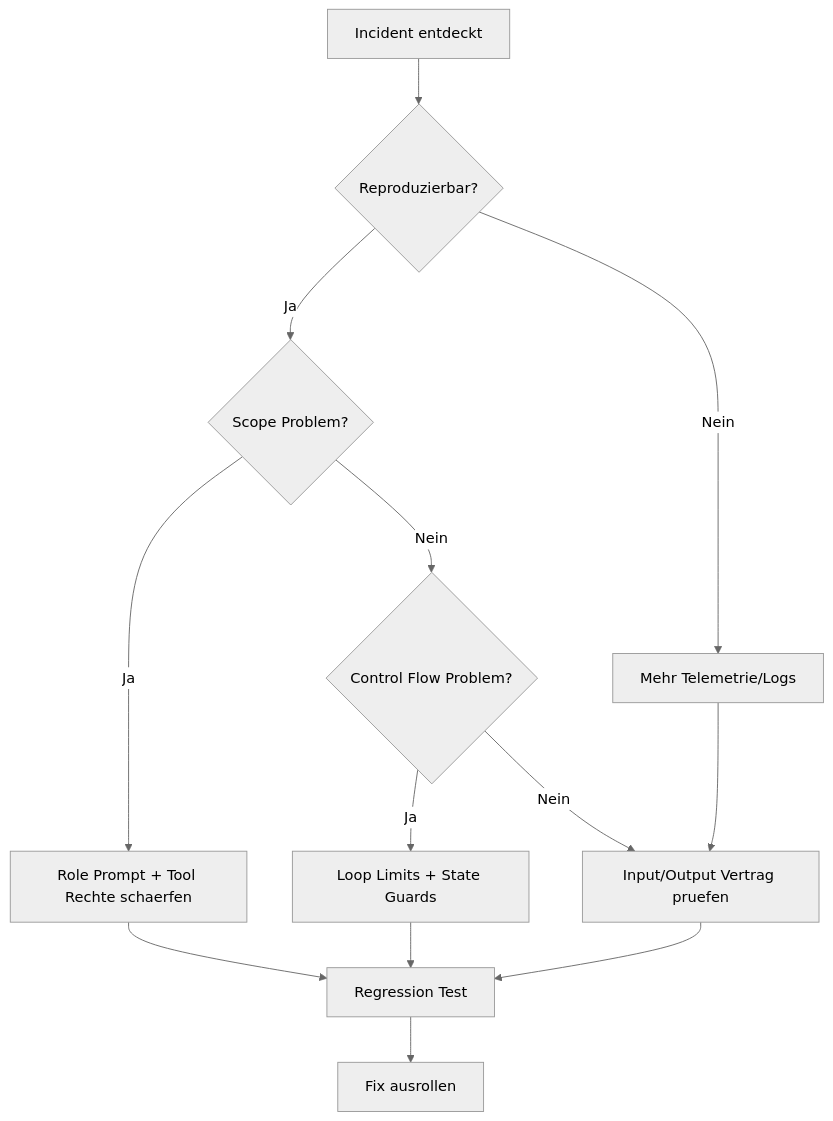
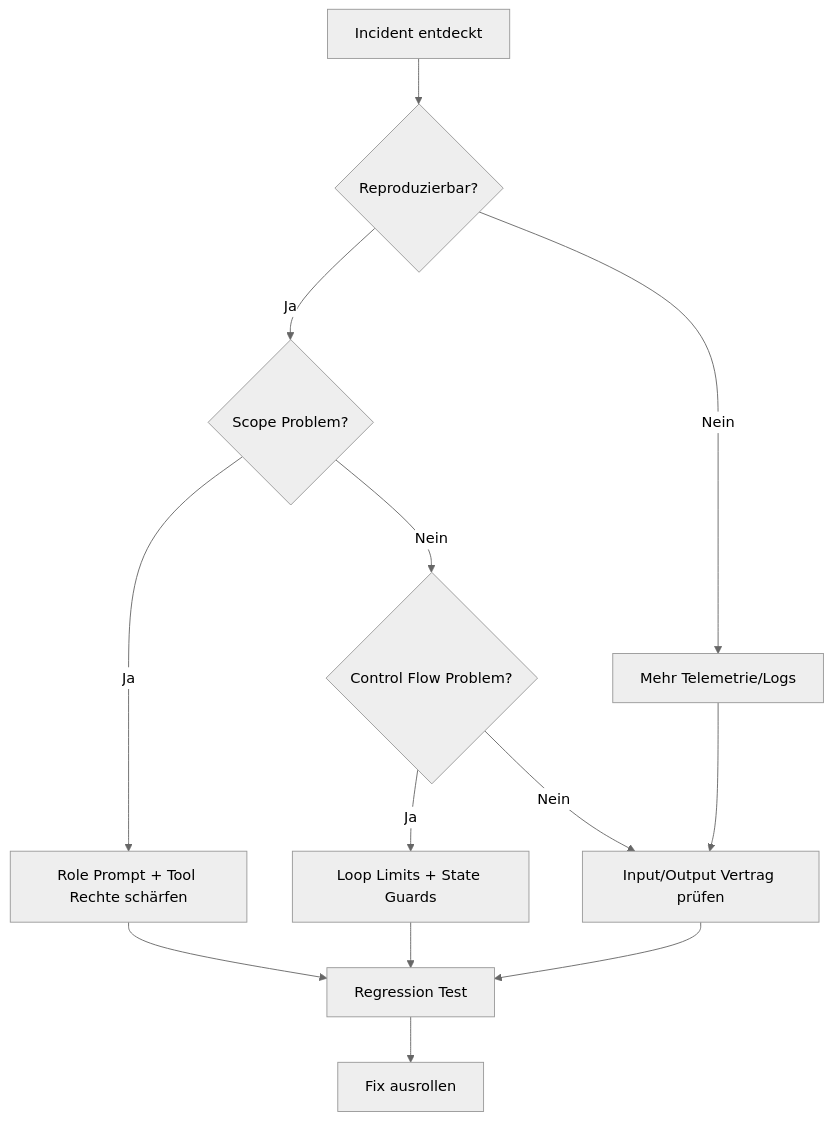
One commit to soenkelange/ai-lab-3-agentic-programming changed the diagram in 06-multi-agent-architectures/failure-modes.md. Above: the diagram before and after it, drawn with Mermaid (neutral theme). The commit also changed other lines of this file and 31 other files, not shown here.

````diff
--- a/06-multi-agent-architectures/failure-modes.md
+++ b/06-multi-agent-architectures/failure-modes.md
@@ -30,15 +30,15 @@
 ```mermaid
 flowchart TD
     A[Incident entdeckt] --> B{Reproduzierbar?}
     B -- Nein --> C[Mehr Telemetrie/Logs]
     B -- Ja --> D{Scope Problem?}
-    D -- Ja --> E[Role Prompt + Tool Rechte schaerfen]
+    D -- Ja --> E[Role Prompt + Tool Rechte schärfen]
     D -- Nein --> F{Control Flow Problem?}
     F -- Ja --> G[Loop Limits + State Guards]
-    F -- Nein --> H[Input/Output Vertrag pruefen]
+    F -- Nein --> H[Input/Output Vertrag prüfen]
     C --> H
     E --> I[Regression Test]
     G --> I
     H --> I
     I --> J[Fix ausrollen]
 ```
````
